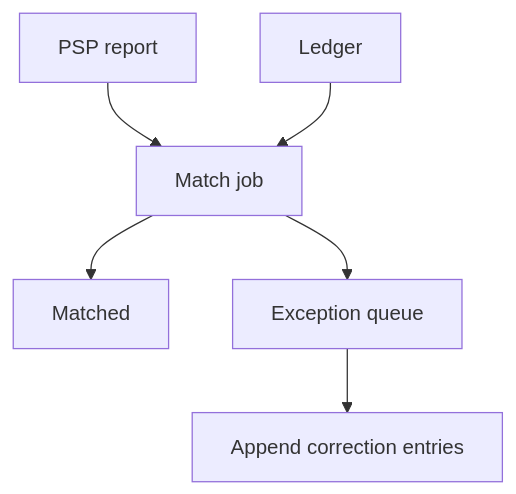
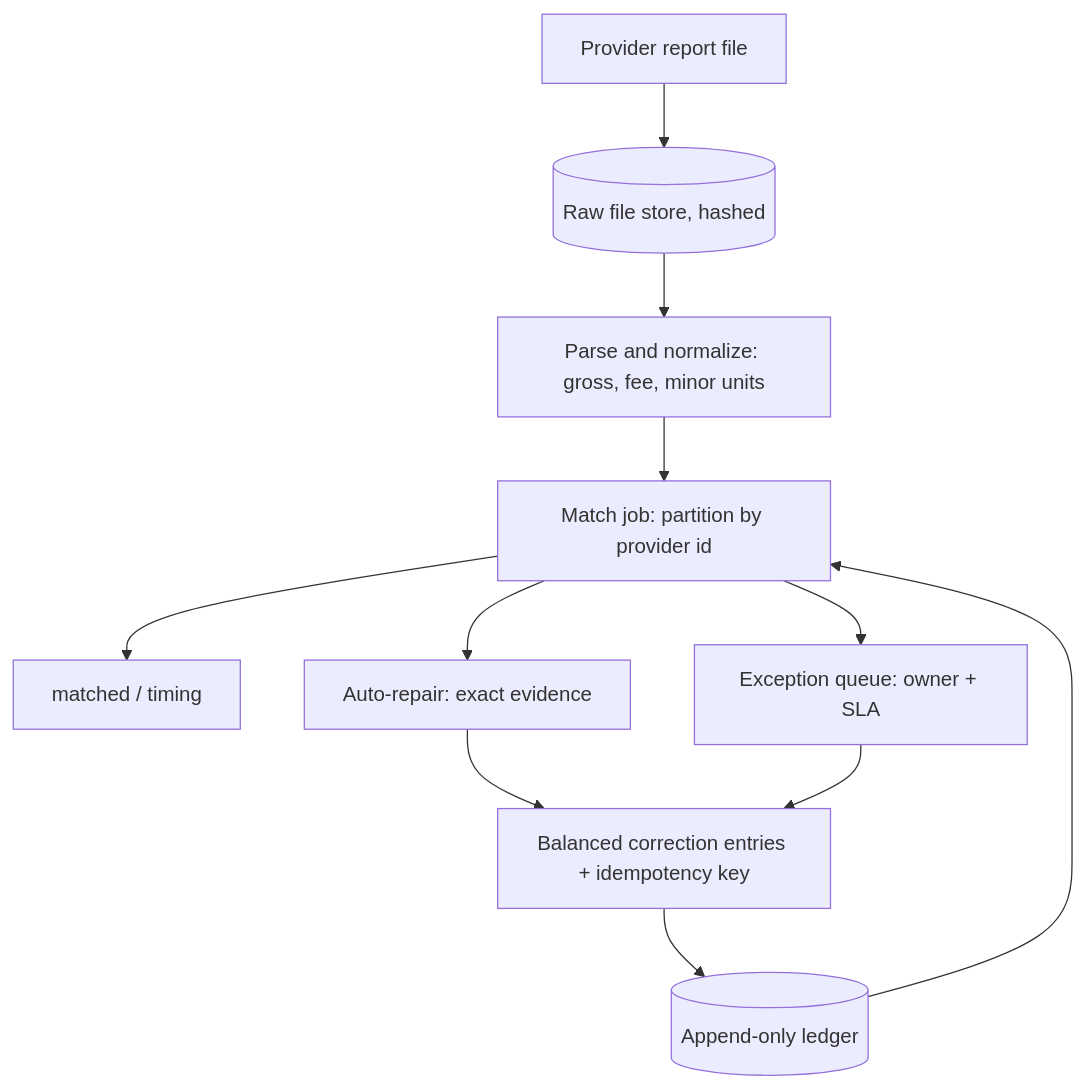
Before and after one commit to arunveersingh/faang-system-design-90-days: the diagram in days/66-payment-reconciliation.md, drawn with Mermaid. The commit also changed other lines of this file and 2 other files, not shown here.

````diff
--- a/days/66-payment-reconciliation.md
+++ b/days/66-payment-reconciliation.md
@@ -94,8 +138,13 @@
 ```mermaid
 flowchart TB
-  psp[PSP report] --> join[Match job]
-  led[Ledger] --> join
-  join --> ok[Matched]
-  join --> ex[Exception queue]
-  ex --> corr[Append correction entries]
+  rep[Provider report file] --> raw[(Raw file store, hashed)]
+  raw --> parse[Parse and normalize: gross, fee, minor units]
+  led[(Append-only ledger)] --> join
+  parse --> join[Match job: partition by provider id]
+  join --> ok[matched / timing]
+  join --> auto[Auto-repair: exact evidence]
+  join --> ex[Exception queue: owner + SLA]
+  auto --> corr[Balanced correction entries + idempotency key]
+  ex --> corr
+  corr --> led
 ```
````
